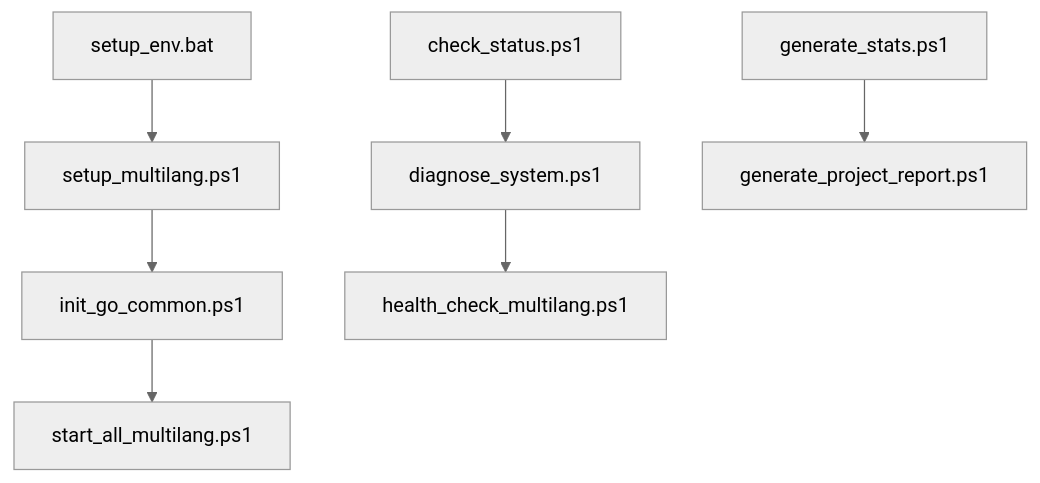
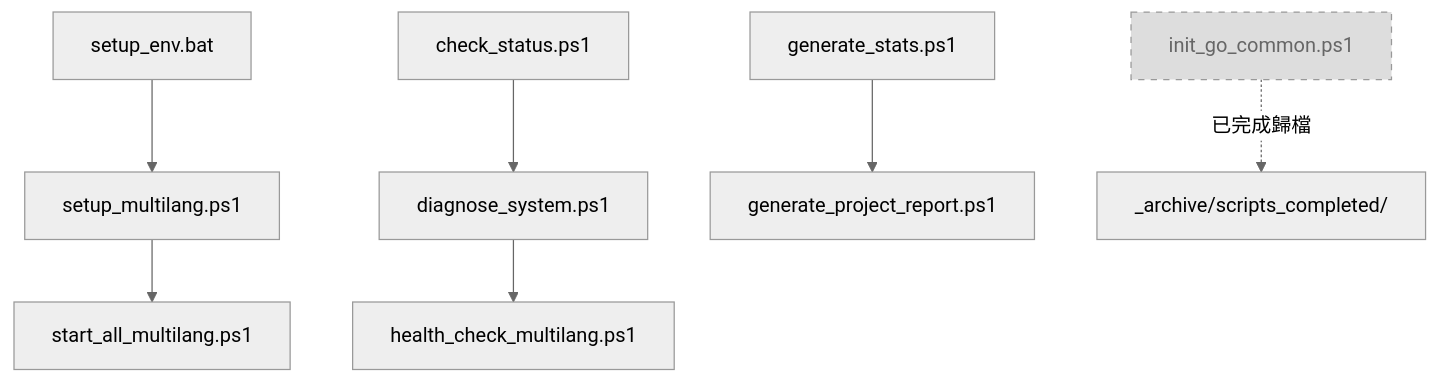
The diagram in scripts/README.md (kyle0527/AIVA), drawn with Mermaid (neutral theme) before and after one commit. The commit also changed other lines of this file and 22 other files, not shown here.

````diff
--- a/scripts/README.md
+++ b/scripts/README.md
@@ -84,11 +99,13 @@
 ```mermaid
 graph TD
     A[setup_env.bat] --> B[setup_multilang.ps1]
-    B --> C[init_go_common.ps1]
-    C --> D[start_all_multilang.ps1]
+    B --> D[start_all_multilang.ps1]
     
     E[check_status.ps1] --> F[diagnose_system.ps1]
     F --> G[health_check_multilang.ps1]
     
     H[generate_stats.ps1] --> I[generate_project_report.ps1]
+    
+    style C fill:#ddd,stroke:#999,stroke-dasharray: 5 5,color:#666
+    C[init_go_common.ps1] -.-> |已完成歸檔| J[_archive/scripts_completed/]
 ```
````
